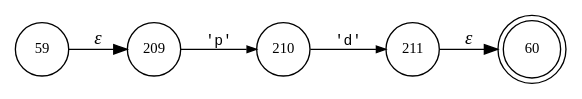
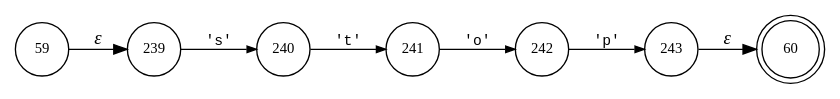
The diagram in interpreter/logo/logoLexer.T__29.dot (Shinigami072/Compilers-LogoInterpreter), drawn with Graphviz before and after one commit. The commit also changed 78 other files, not shown here.

```diff
--- a/interpreter/logo/logoLexer.T__29.dot
+++ b/interpreter/logo/logoLexer.T__29.dot
@@ -1,12 +1,16 @@
 digraph ATN {
 rankdir=LR;
 s60[fontsize=11, label="60", shape=doublecircle, fixedsize=true, width=.6];
-s209[fontsize=11,label="209", shape=circle, fixedsize=true, width=.55, peripheries=1];
-s210[fontsize=11,label="210", shape=circle, fixedsize=true, width=.55, peripheries=1];
-s211[fontsize=11,label="211", shape=circle, fixedsize=true, width=.55, peripheries=1];
+s240[fontsize=11,label="240", shape=circle, fixedsize=true, width=.55, peripheries=1];
+s241[fontsize=11,label="241", shape=circle, fixedsize=true, width=.55, peripheries=1];
+s242[fontsize=11,label="242", shape=circle, fixedsize=true, width=.55, peripheries=1];
+s243[fontsize=11,label="243", shape=circle, fixedsize=true, width=.55, peripheries=1];
 s59[fontsize=11,label="59", shape=circle, fixedsize=true, width=.55, peripheries=1];
-s59 -> s209 [fontname="Times-Italic", label="&epsilon;"];
-s209 -> s210 [fontsize=11, fontname="Courier", arrowsize=.7, label = "'p'", arrowhead = normal];
-s210 -> s211 [fontsize=11, fontname="Courier", arrowsize=.7, label = "'d'", arrowhead = normal];
-s211 -> s60 [fontname="Times-Italic", label="&epsilon;"];
+s239[fontsize=11,label="239", shape=circle, fixedsize=true, width=.55, peripheries=1];
+s59 -> s239 [fontname="Times-Italic", label="&epsilon;"];
+s239 -> s240 [fontsize=11, fontname="Courier", arrowsize=.7, label = "'s'", arrowhead = normal];
+s240 -> s241 [fontsize=11, fontname="Courier", arrowsize=.7, label = "'t'", arrowhead = normal];
+s241 -> s242 [fontsize=11, fontname="Courier", arrowsize=.7, label = "'o'", arrowhead = normal];
+s242 -> s243 [fontsize=11, fontname="Courier", arrowsize=.7, label = "'p'", arrowhead = normal];
+s243 -> s60 [fontname="Times-Italic", label="&epsilon;"];
 }
```
